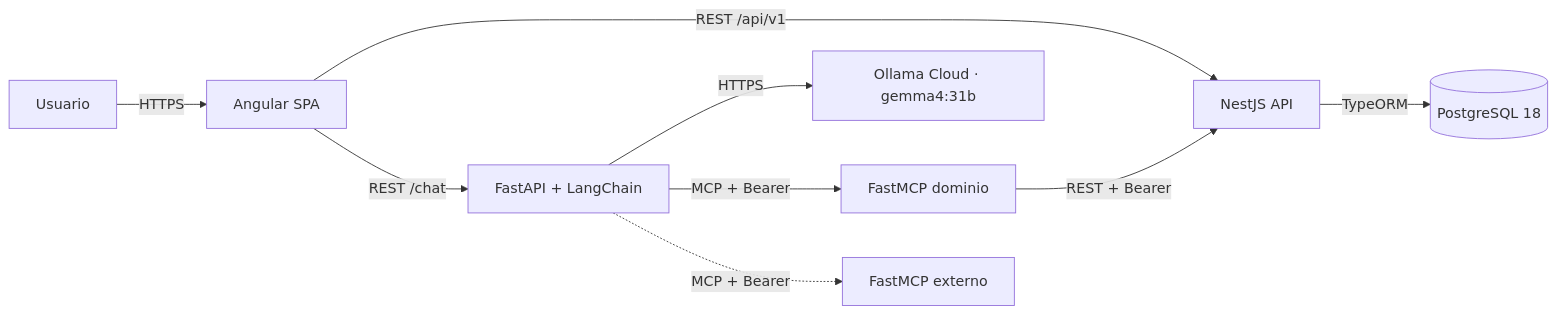
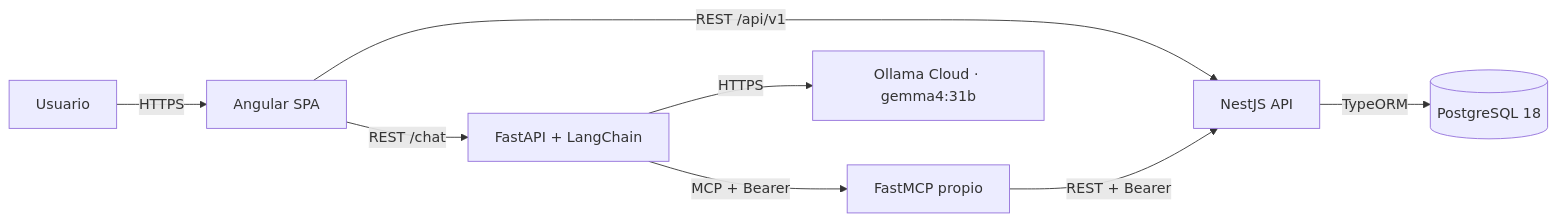
The diagram in README.md (cimi88/proyecto-lost-found), drawn with Mermaid before and after one commit. The commit also changed other lines of this file and 7 other files, not shown here.

````diff
--- a/README.md
+++ b/README.md
@@ -49,11 +49,10 @@
 ```mermaid
 flowchart LR
   U[Usuario] -->|HTTPS| FE[Angular SPA]
   FE -->|REST /api/v1| API[NestJS API]
   FE -->|REST /chat| AI[FastAPI + LangChain]
   AI -->|HTTPS| LLM[Ollama Cloud · gemma4:31b]
-  AI -->|MCP + Bearer| MCP1[FastMCP dominio]
+  AI -->|MCP + Bearer| MCP1[FastMCP propio]
   MCP1 -->|REST + Bearer| API
-  AI -.->|MCP + Bearer| MCP2[FastMCP externo]
   API -->|TypeORM| DB[(PostgreSQL 18)]
 ```
````
